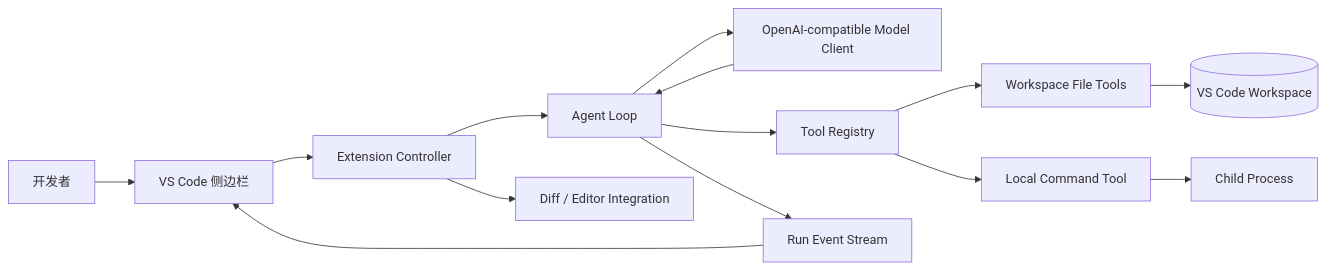
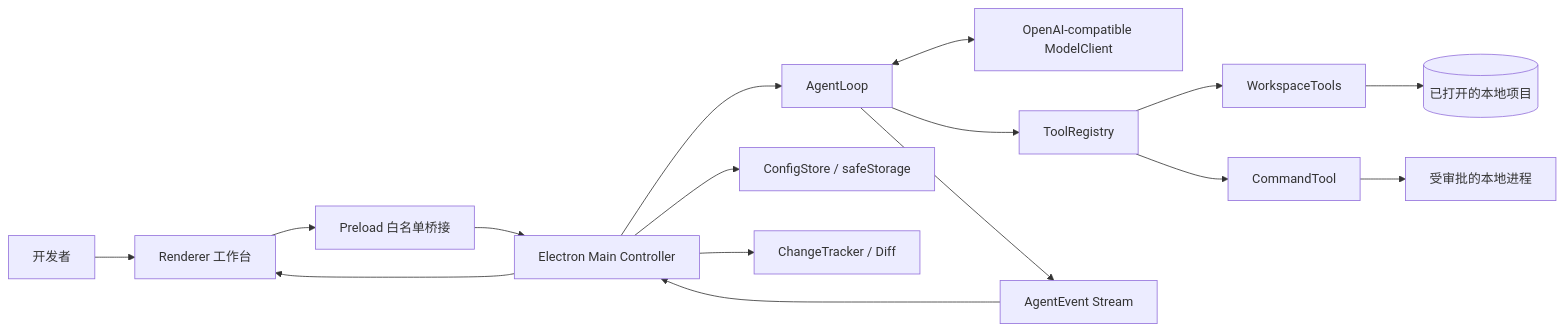
Before and after one commit to jycschool/localforge-agent: the first of 2 diagrams in docs/03-system-design.md, drawn with Mermaid. The commit also changed other lines of this file and 15 other files, not shown here.

````diff
--- a/docs/03-system-design.md
+++ b/docs/03-system-design.md
@@ -9,16 +9,18 @@
 ```mermaid
 flowchart LR
-    U[开发者] --> V[VS Code 侧边栏]
-    V --> C[Extension Controller]
-    C --> A[Agent Loop]
-    A --> M[OpenAI-compatible Model Client]
-    M --> A
-    A --> R[Tool Registry]
-    R --> F[Workspace File Tools]
-    R --> S[Local Command Tool]
-    F --> W[(VS Code Workspace)]
-    S --> P[Child Process]
-    A --> E[Run Event Stream]
-    E --> V
-    C --> D[Diff / Editor Integration]
+    U[开发者] --> R[Renderer 工作台]
+    R --> P[Preload 白名单桥接]
+    P --> C[Electron Main Controller]
+    C --> A[AgentLoop]
+    A <--> M[OpenAI-compatible ModelClient]
+    A --> T[ToolRegistry]
+    T --> F[WorkspaceTools]
+    T --> X[CommandTool]
+    F --> W[(已打开的本地项目)]
+    X --> O[受审批的本地进程]
+    A --> E[AgentEvent Stream]
+    E --> C
+    C --> R
+    C --> S[ConfigStore / safeStorage]
+    C --> D[ChangeTracker / Diff]
 ```
````
